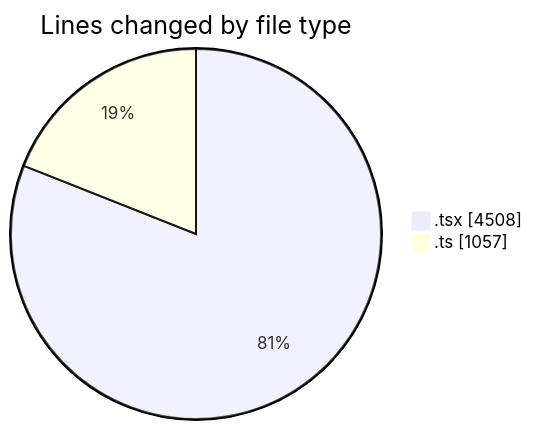
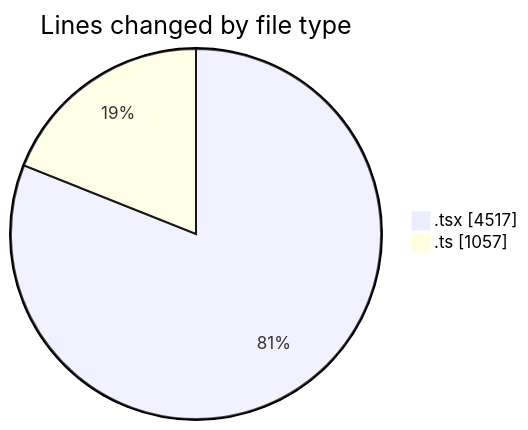
One commit to momahboobian/code-tracking changed the first of 2 diagrams in 2025-07-02/cda/README.md. Above: the diagram before and after it, drawn with Mermaid. The commit also changed other lines of this file and 1 other file, not shown here.

````diff
--- a/2025-07-02/cda/README.md
+++ b/2025-07-02/cda/README.md
@@ -32,6 +32,6 @@
 ```mermaid
 pie showData
 title Lines changed by file type
-".tsx" : 4508
+".tsx" : 4517
 ".ts" : 1057
 ```
````
